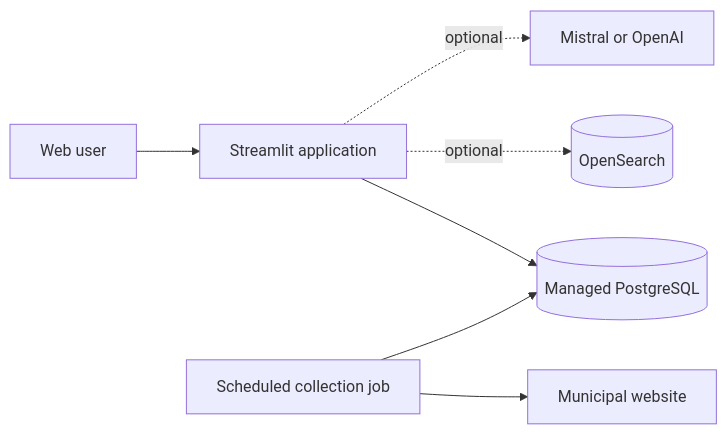
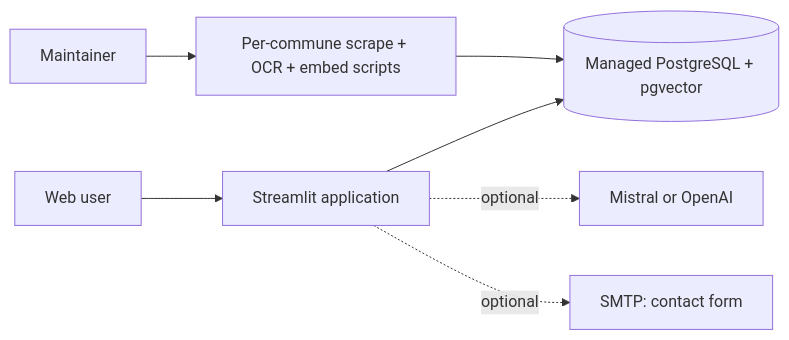
One commit to Mariutoto/AI-Riviera-2 changed the third of 3 diagrams in SYSTEM_DESIGN.md. Above: the diagram before and after it, drawn with Mermaid. The commit also changed other lines of this file and 16 other files, not shown here.

````diff
--- a/SYSTEM_DESIGN.md
+++ b/SYSTEM_DESIGN.md
@@ -230,9 +135,8 @@
 ```mermaid
 flowchart LR
     USER[Web user] --> APP[Streamlit application]
-    APP --> DB[(Managed PostgreSQL)]
-    APP -. optional .-> OS[(OpenSearch)]
+    APP --> DB[(Managed PostgreSQL + pgvector)]
     APP -. optional .-> MODEL[Mistral or OpenAI]
-    JOB[Scheduled collection job] --> WEBSITE[Municipal website]
-    JOB --> DB
+    APP -. optional .-> SMTP[SMTP: contact form]
+    OPERATOR[Maintainer] --> SCRAPE[Per-commune scrape + OCR + embed scripts] --> DB
 ```
````
